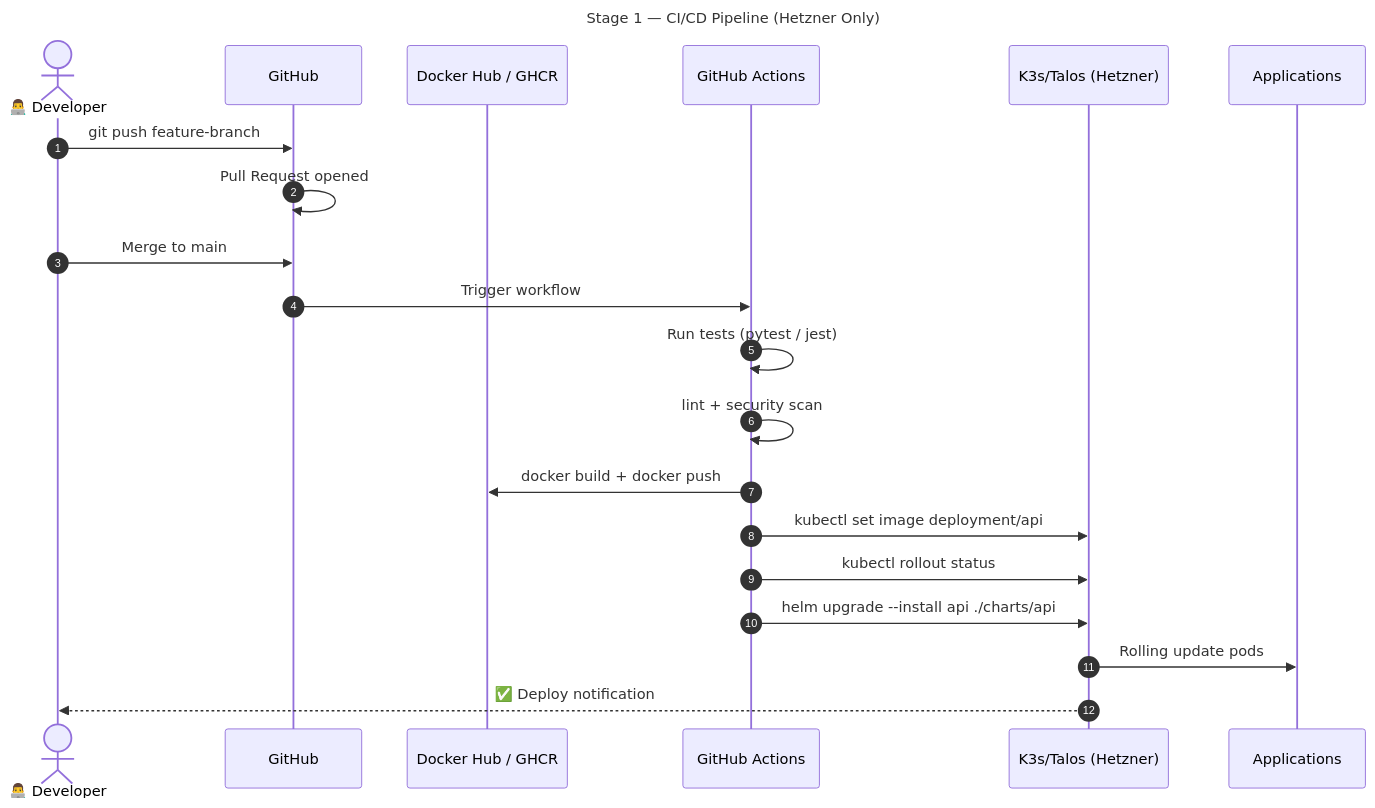
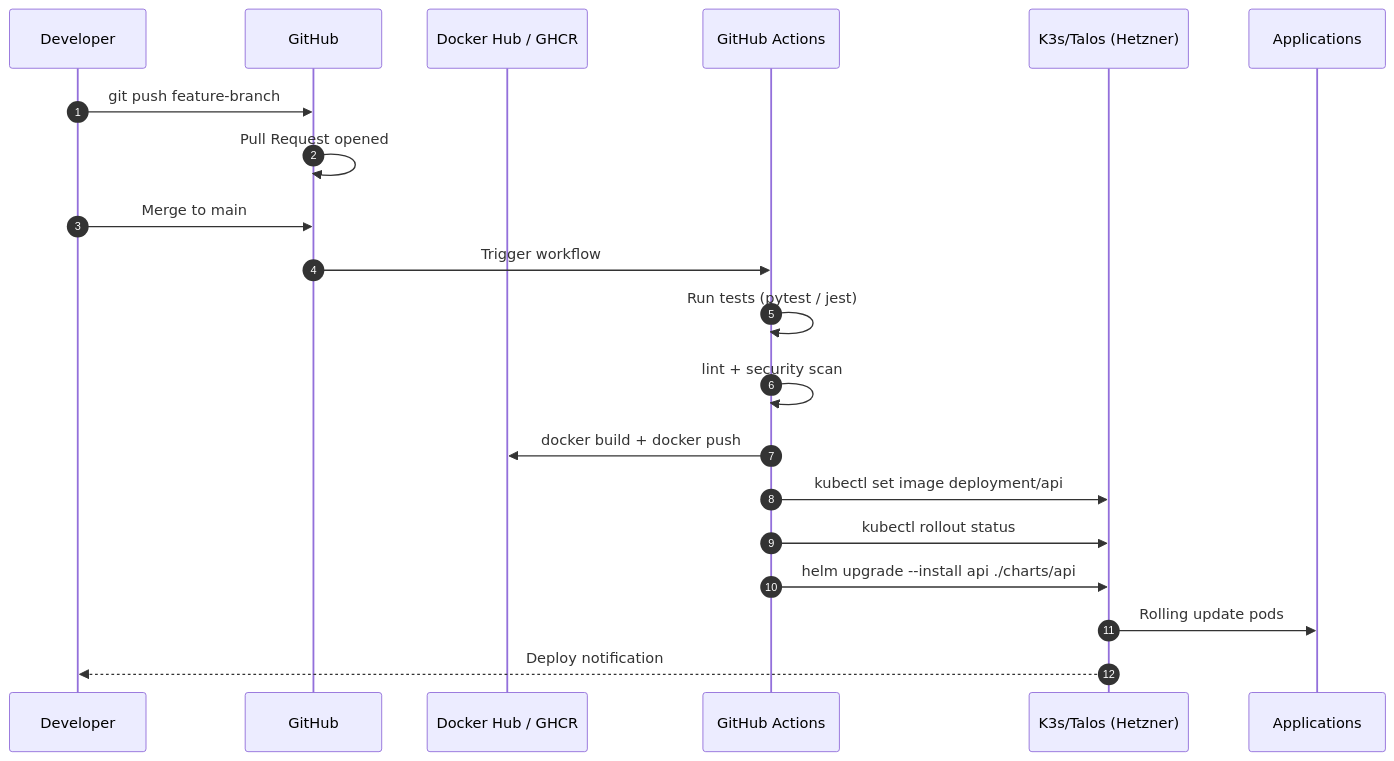
The eighth of 10 diagrams in README.md (DurianLAB/hetzner-to-eks), drawn with Mermaid before and after one commit. The commit also changed other lines of this file, not shown here.

First line of the commit message:
fix: correct Mermaid syntax for GitHub rendering

````diff
--- a/README.md
+++ b/README.md
@@ -541,28 +519,26 @@
 ```mermaid
 sequenceDiagram
     autonumber
-    Title: Stage 1 — CI/CD Pipeline (Hetzner Only)
-
-    actor DEV as 👨‍💻 Developer
+    participant DEV as Developer
     participant GH as GitHub
     participant REG as Docker Hub / GHCR
     participant RUNNER as GitHub Actions
     participant K8S as K3s/Talos (Hetzner)
     participant APPS as Applications
 
     DEV->>GH: git push feature-branch
     GH->>GH: Pull Request opened
     DEV->>GH: Merge to main
     GH->>RUNNER: Trigger workflow
 
     RUNNER->>RUNNER: Run tests (pytest / jest)
     RUNNER->>RUNNER: lint + security scan
     RUNNER->>REG: docker build + docker push
 
     RUNNER->>K8S: kubectl set image deployment/api
     RUNNER->>K8S: kubectl rollout status
     RUNNER->>K8S: helm upgrade --install api ./charts/api
 
     K8S->>APPS: Rolling update pods
-    K8S-->>DEV: ✅ Deploy notification
+    K8S-->>DEV: Deploy notification
 ```
````
